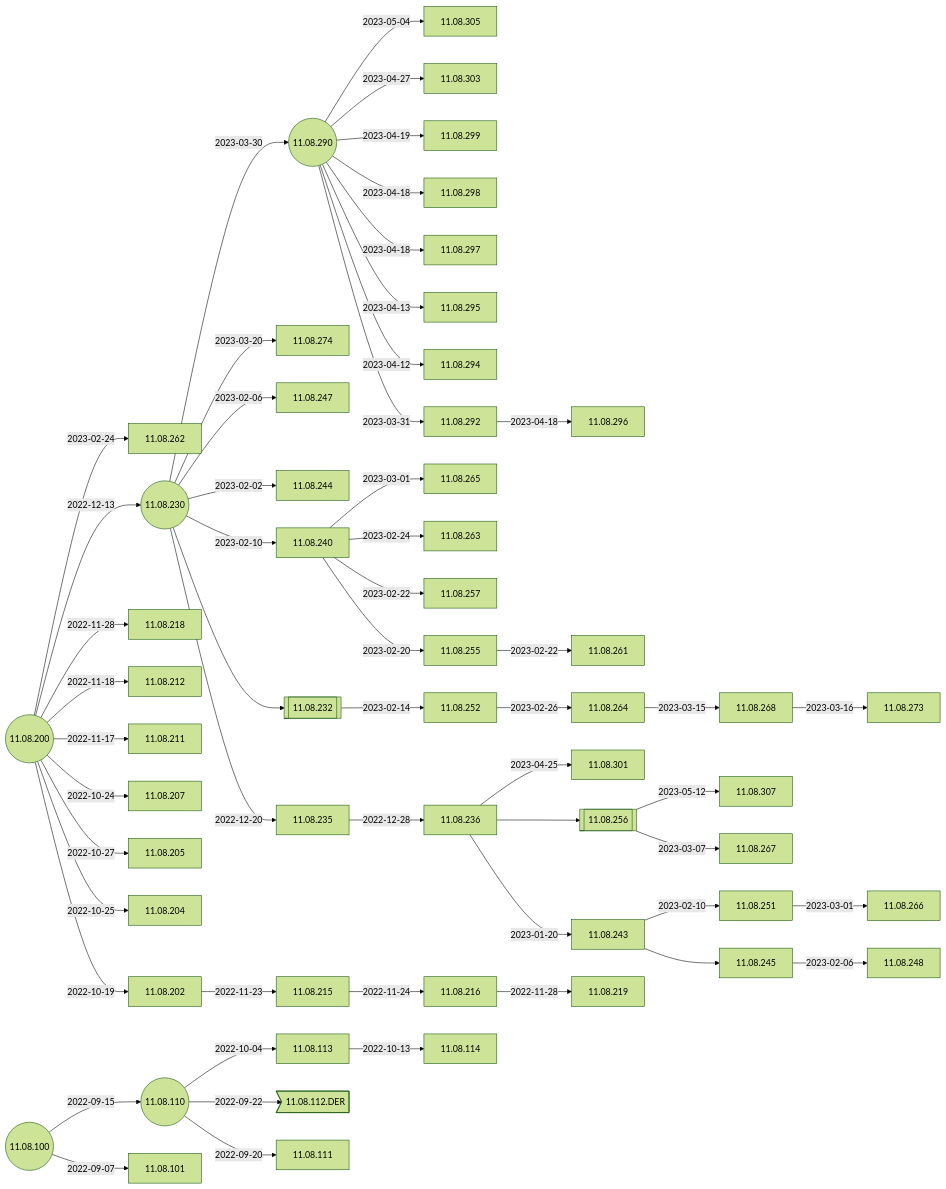
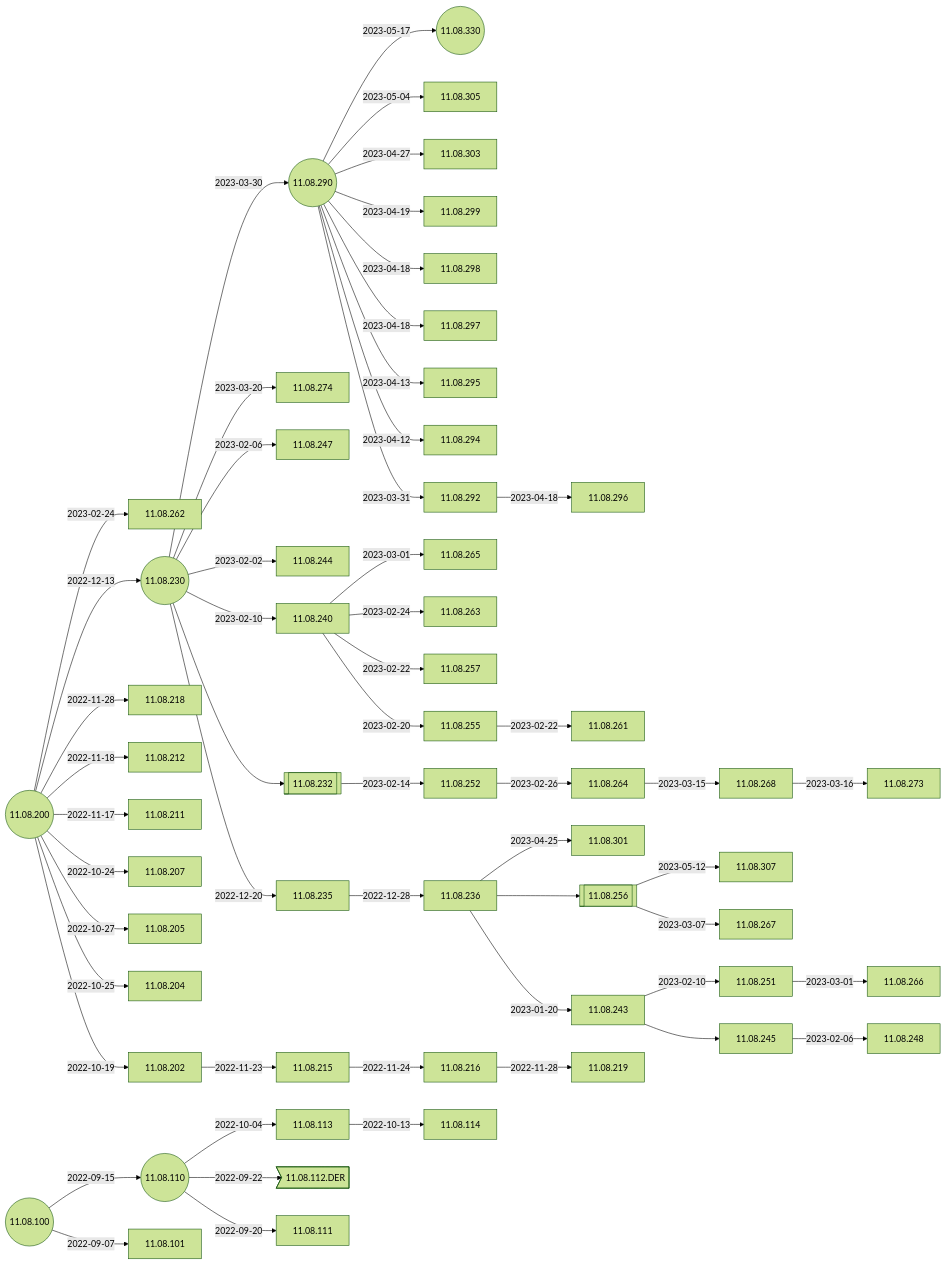
The second of 4 diagrams in docs/Docs/ReleaseNotes/01-OS11/README.md (IGEL-Community/IGEL-Docs-v02), drawn with Mermaid (forest theme) before and after one commit. The commit also changed 2 other files, not shown here.

Commit message:
11.08.330 <- 11.08.290

````diff
--- a/docs/Docs/ReleaseNotes/01-OS11/README.md
+++ b/docs/Docs/ReleaseNotes/01-OS11/README.md
@@ -39,5 +39,6 @@
 ```mermaid
 flowchart LR
+    11.08.290-- 2023-05-17 -->11.08.330((11.08.330))
     11.08.256-- 2023-05-12 -->11.08.307
     11.08.290-- 2023-05-04 -->11.08.305
     11.08.290-- 2023-04-27 -->11.08.303
@@ -75,6 +76,7 @@
     11.08.110((11.08.110))-- 2022-09-22 -->11.08.112.DER>11.08.112.DER]
     11.08.100-- 2022-09-15 -->11.08.110-- 2022-09-20 -->11.08.111
     11.08.100((11.08.100))-- 2022-09-07 -->11.08.101
+    click 11.08.330 "https://github.com/IGEL-Community/IGEL-Docs-v02/tree/main/docs/Docs/ReleaseNotes/01-OS11/readme11.08.330.txt" _blank
     click 11.08.307 "https://github.com/IGEL-Community/IGEL-Docs-v02/tree/main/docs/Docs/ReleaseNotes/01-OS11/readme11.08.307.txt" _blank
     click 11.08.305 "https://github.com/IGEL-Community/IGEL-Docs-v02/tree/main/docs/Docs/ReleaseNotes/01-OS11/readme11.08.305.txt" _blank
     click 11.08.303 "https://github.com/IGEL-Community/IGEL-Docs-v02/tree/main/docs/Docs/ReleaseNotes/01-OS11/readme11.08.303.txt" _blank
````
